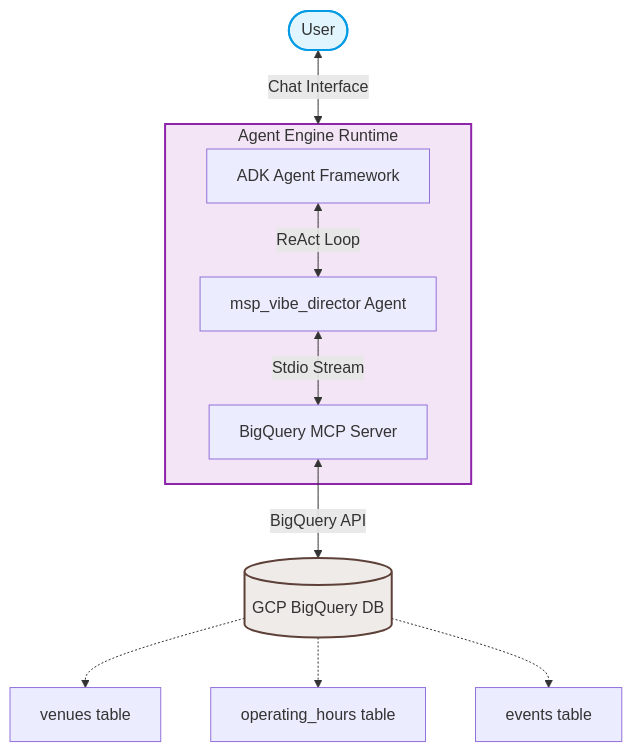
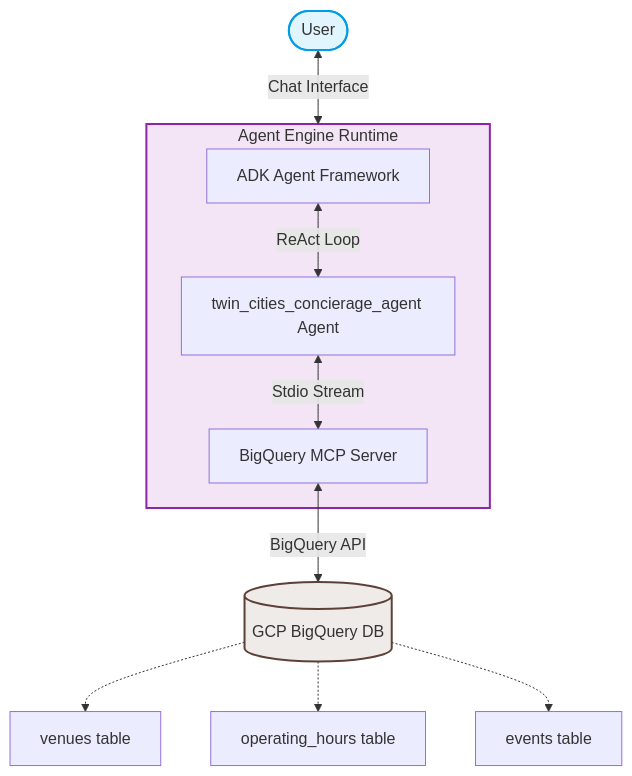
One commit to lo-ronk-goog/twin-cities-concierage-agent changed the first of 2 diagrams in README.md. Above: the diagram before and after it, drawn with Mermaid. The commit also changed other lines of this file and 14 other files, not shown here.

Commit message:
Rename agent to twin-cities-concierage-agent and migrate deployment region to us-central1

````diff
--- a/README.md
+++ b/README.md
@@ -13,16 +13,16 @@
 ```mermaid
 graph TD
     User([User]) <-->|Chat Interface| AE[Vertex AI Agent Engine]
     subgraph AE [Agent Engine Runtime]
-        ADK[ADK Agent Framework] <-->|ReAct Loop| Agent[msp_vibe_director Agent]
+        ADK[ADK Agent Framework] <-->|ReAct Loop| Agent[twin_cities_concierage_agent Agent]
         Agent <-->|Stdio Stream| MCP[BigQuery MCP Server]
     end
     MCP <-->|BigQuery API| BQ[(GCP BigQuery DB)]
     BQ -.-> V[venues table]
     BQ -.-> O[operating_hours table]
     BQ -.-> E[events table]
     
     style User fill:#e1f5fe,stroke:#039be5,stroke-width:2px
     style AE fill:#f3e5f5,stroke:#8e24aa,stroke-width:2px
     style BQ fill:#efebe9,stroke:#5d4037,stroke-width:2px
 ```
````
